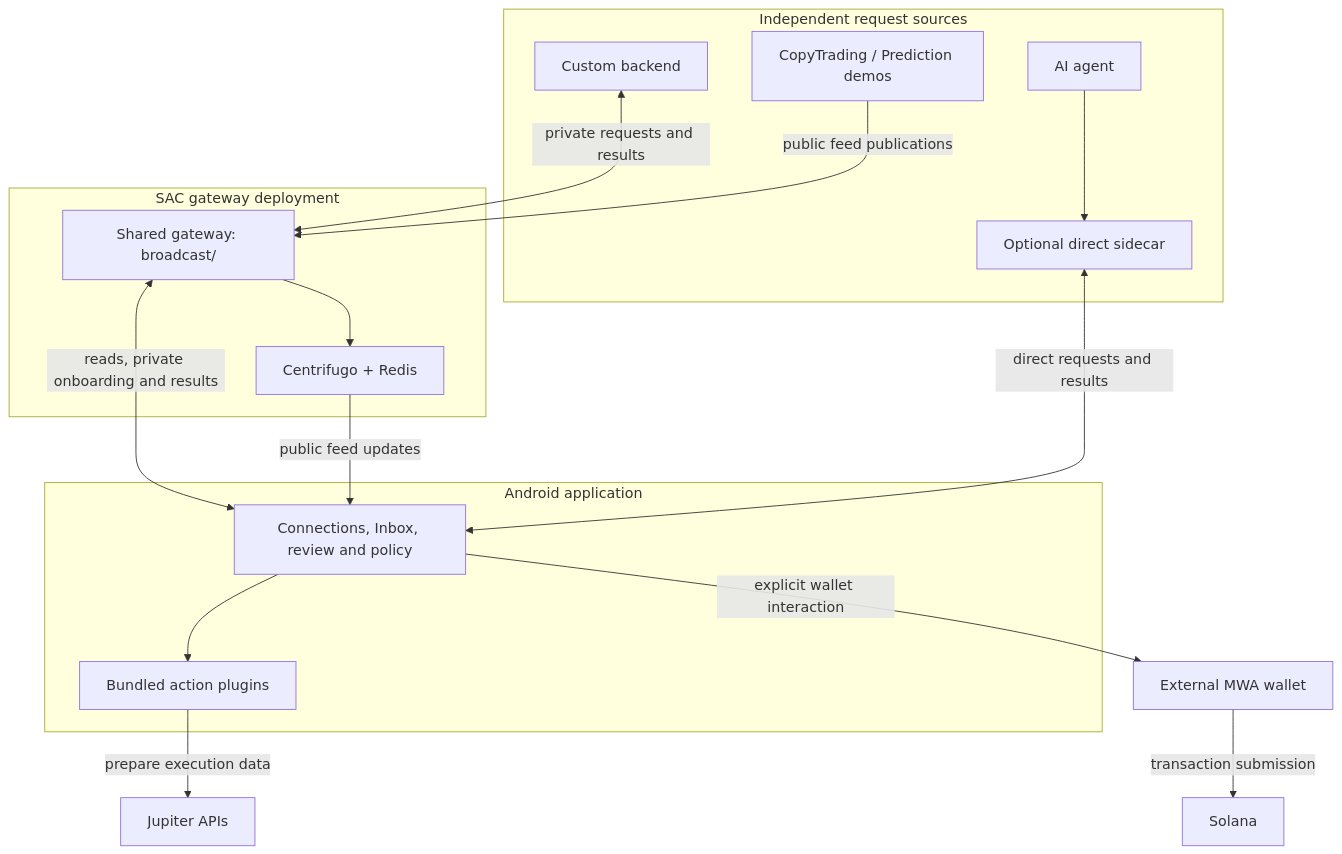
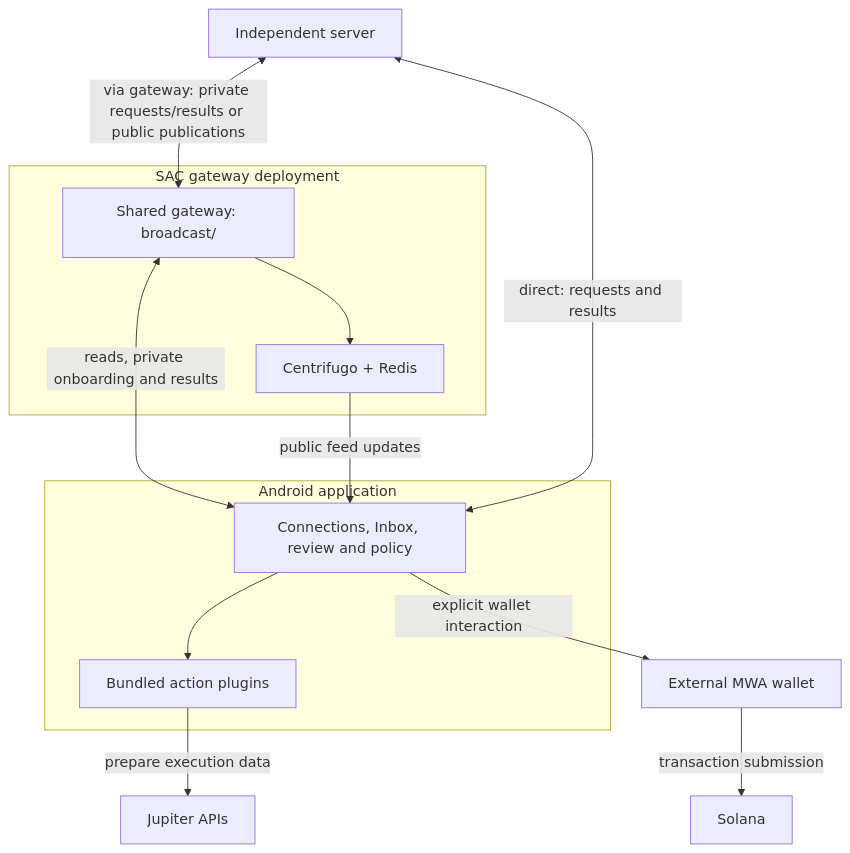
Before and after one commit to SeekerAgentConnect/sac: the first of 12 diagrams in docs/architecture.md, drawn with Mermaid. The commit also changed other lines of this file, not shown here.

Commit message:
docs: show independent servers with alternative delivery paths

````diff
--- a/docs/architecture.md
+++ b/docs/architecture.md
@@ -32,28 +32,21 @@
 ```mermaid
 flowchart TB
-    subgraph sources["Independent request sources"]
-        Backend["Custom backend"]
-        Demo["CopyTrading / Prediction demos"]
-        Agent["AI agent"]
-        Direct["Optional direct sidecar"]
-        Agent --> Direct
-    end
+    Server["Independent server"]
     subgraph infrastructure["SAC gateway deployment"]
         Gateway["Shared gateway: broadcast/"]
         Delivery["Centrifugo + Redis"]
         Gateway --> Delivery
     end
     subgraph client["Android application"]
         App["Connections, Inbox, review and policy"]
         Plugin["Bundled action plugins"]
         App --> Plugin
     end
-    Backend <-->|"private requests and results"| Gateway
-    Demo -->|"public feed publications"| Gateway
+    Server <-->|"via gateway: private requests/results or public publications"| Gateway
     Gateway <-->|"reads, private onboarding and results"| App
     Delivery -->|"public feed updates"| App
-    Direct <-->|"direct requests and results"| App
+    Server <-->|"direct: requests and results"| App
     Plugin -->|"prepare execution data"| Provider["Jupiter APIs"]
     App -->|"explicit wallet interaction"| Wallet["External MWA wallet"]
     Wallet -->|"transaction submission"| Chain["Solana"]
 ```
````
